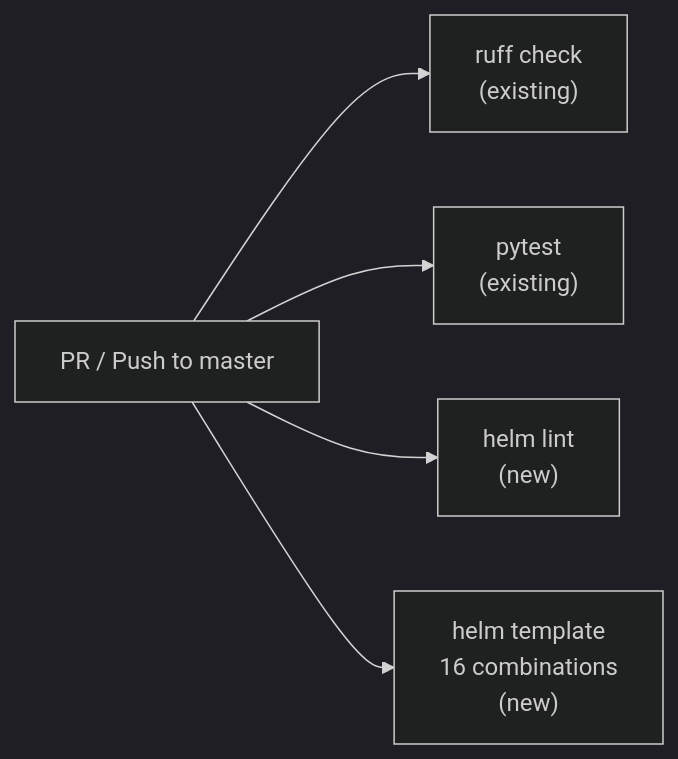
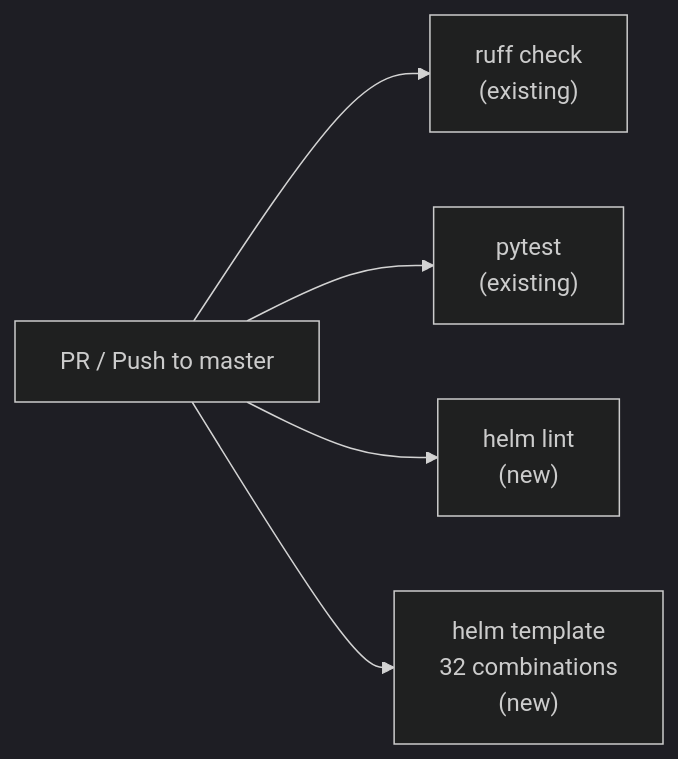
The third of 4 diagrams in docs/tech-specs/tech-spec-004-helm-chart.md (Vinny1892/octantis), drawn with Mermaid (dark theme) before and after one commit. The commit also changed other lines of this file and 24 other files, not shown here.

````diff
--- a/docs/tech-specs/tech-spec-004-helm-chart.md
+++ b/docs/tech-specs/tech-spec-004-helm-chart.md
@@ -681,7 +727,7 @@
 ```mermaid
 flowchart LR
     PR["PR / Push to master"] --> LINT_PY["ruff check<br/>(existing)"]
     PR --> TEST_PY["pytest<br/>(existing)"]
     PR --> LINT_HELM["helm lint<br/>(new)"]
-    PR --> TPL["helm template<br/>16 combinations<br/>(new)"]
+    PR --> TPL["helm template<br/>32 combinations<br/>(new)"]
 ```
````
